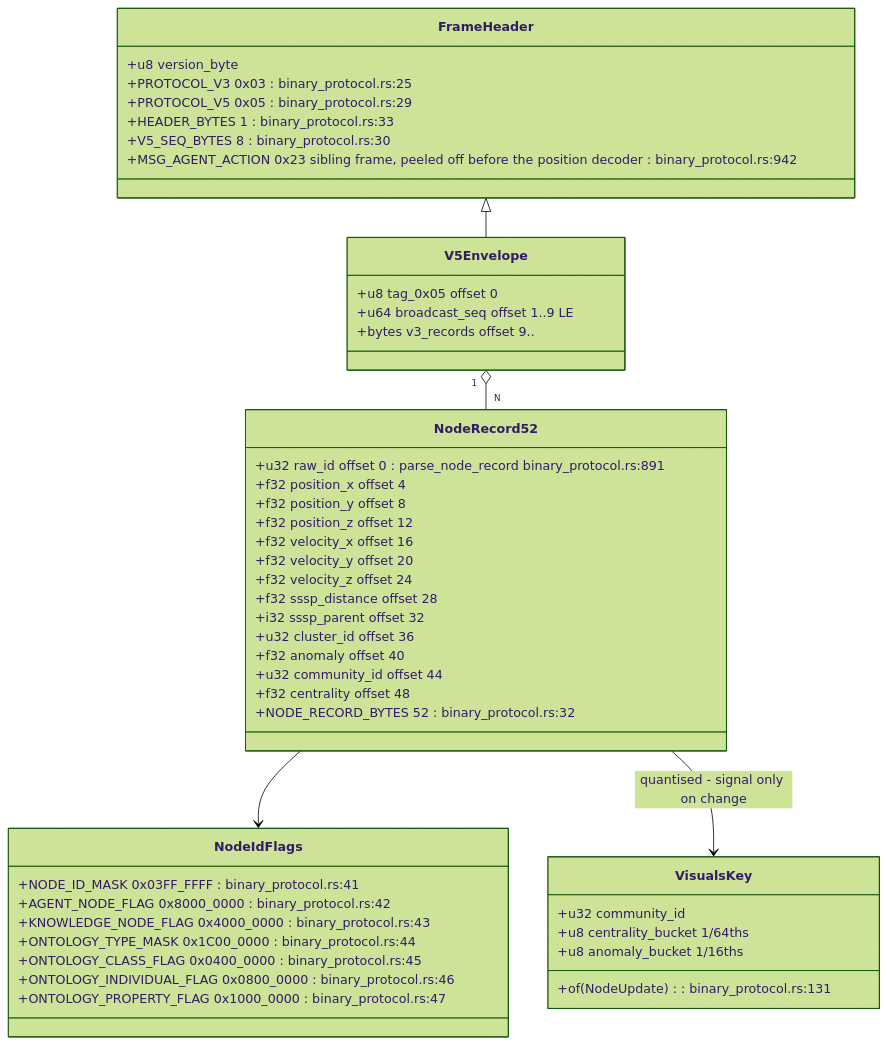
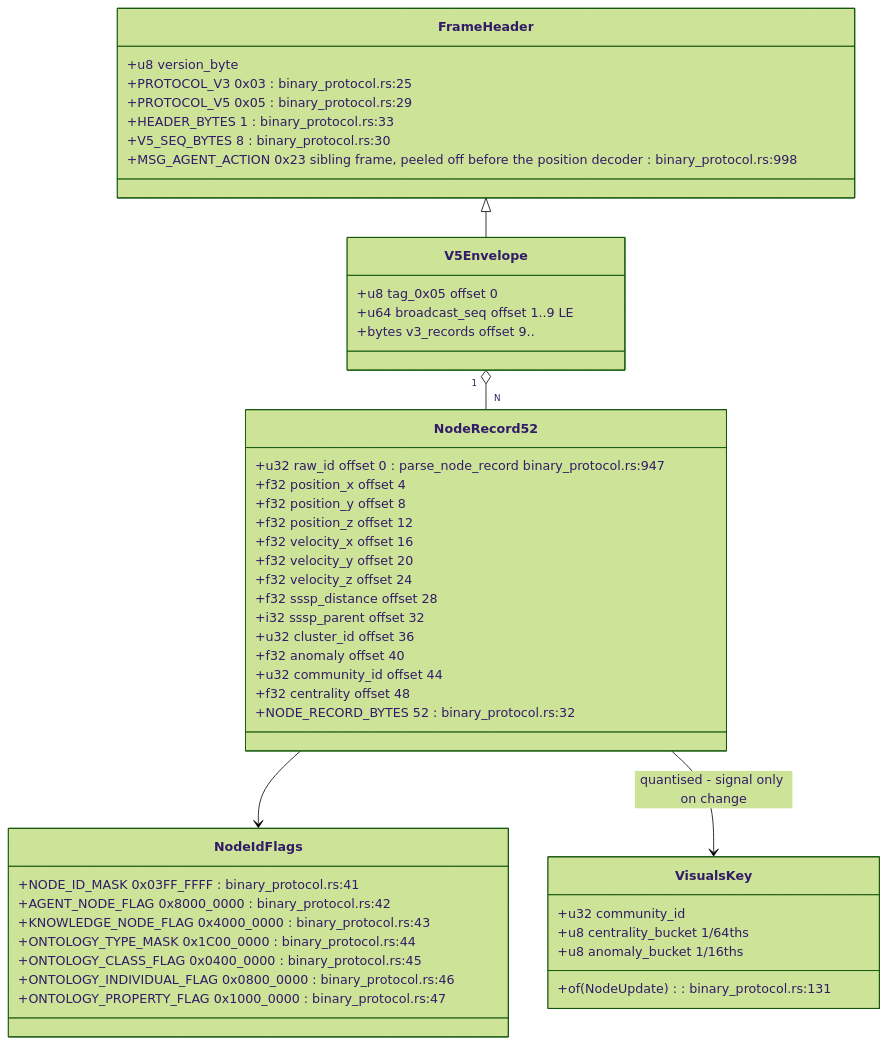
The fifth of 29 diagrams in docs/diagrams/visionclaw/36-godot-xr-client.md (DreamLab-AI/VisionFlow), drawn with Mermaid (forest theme) before and after one commit. The commit also changed other lines of this file and 56 other files, not shown here.

First line of the commit message:
docs(diagrams): re-verify VisionClaw topics at ec785afa9, add VC-19/56/57 and the VisionClaw register

````diff
--- a/docs/diagrams/visionclaw/36-godot-xr-client.md
+++ b/docs/diagrams/visionclaw/36-godot-xr-client.md
@@ -299,51 +316,51 @@
 ```mermaid
 classDiagram
     class FrameHeader {
         +u8 version_byte
         +PROTOCOL_V3 0x03 : binary_protocol.rs:25
         +PROTOCOL_V5 0x05 : binary_protocol.rs:29
         +HEADER_BYTES 1 : binary_protocol.rs:33
         +V5_SEQ_BYTES 8 : binary_protocol.rs:30
-        +MSG_AGENT_ACTION 0x23 sibling frame, peeled off before the position decoder : binary_protocol.rs:942
+        +MSG_AGENT_ACTION 0x23 sibling frame, peeled off before the position decoder : binary_protocol.rs:998
     }
     class V5Envelope {
         +u8 tag_0x05 offset 0
         +u64 broadcast_seq offset 1..9 LE
         +bytes v3_records offset 9..
     }
     class NodeRecord52 {
-        +u32 raw_id offset 0 : parse_node_record binary_protocol.rs:891
+        +u32 raw_id offset 0 : parse_node_record binary_protocol.rs:947
         +f32 position_x offset 4
         +f32 position_y offset 8
         +f32 position_z offset 12
         +f32 velocity_x offset 16
         +f32 velocity_y offset 20
         +f32 velocity_z offset 24
         +f32 sssp_distance offset 28
         +i32 sssp_parent offset 32
         +u32 cluster_id offset 36
         +f32 anomaly offset 40
         +u32 community_id offset 44
         +f32 centrality offset 48
         +NODE_RECORD_BYTES 52 : binary_protocol.rs:32
     }
     class NodeIdFlags {
         +NODE_ID_MASK 0x03FF_FFFF : binary_protocol.rs:41
         +AGENT_NODE_FLAG 0x8000_0000 : binary_protocol.rs:42
         +KNOWLEDGE_NODE_FLAG 0x4000_0000 : binary_protocol.rs:43
         +ONTOLOGY_TYPE_MASK 0x1C00_0000 : binary_protocol.rs:44
         +ONTOLOGY_CLASS_FLAG 0x0400_0000 : binary_protocol.rs:45
         +ONTOLOGY_INDIVIDUAL_FLAG 0x0800_0000 : binary_protocol.rs:46
         +ONTOLOGY_PROPERTY_FLAG 0x1000_0000 : binary_protocol.rs:47
     }
     class VisualsKey {
         +u32 community_id
         +u8 centrality_bucket 1/64ths
         +u8 anomaly_bucket 1/16ths
         +of(NodeUpdate) : binary_protocol.rs:131
     }
     V5Envelope "1" o-- "N" NodeRecord52
     NodeRecord52 --> NodeIdFlags
     NodeRecord52 --> VisualsKey : quantised - signal only on change
     FrameHeader <|-- V5Envelope
 ```
````
